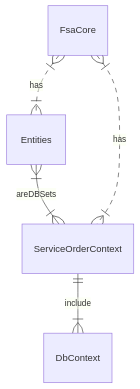
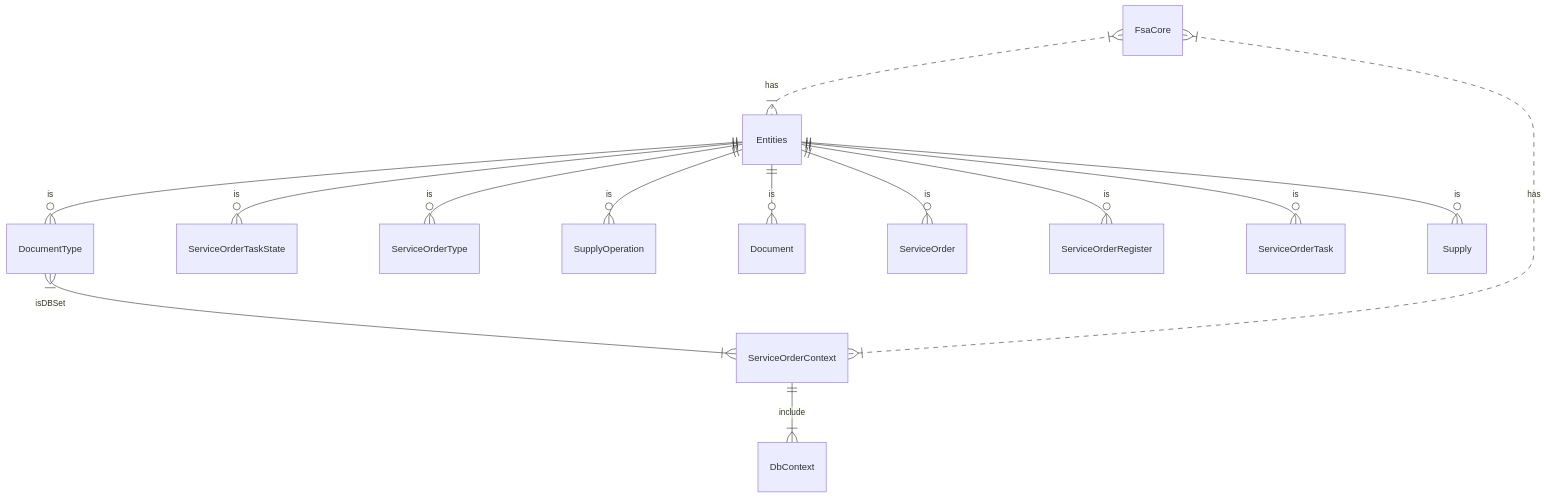
Before and after one commit to potlitel/traefik-docker-sample: the diagram in Readme.md, drawn with Mermaid.

````diff
--- a/Readme.md
+++ b/Readme.md
@@ -14,22 +14,22 @@
 ```mermaid
 erDiagram
           FsaCore }|..|{ Entities : has
         %%   FsaCoreServer ||--o{ ORDER : places
         %%   FsaCoreServer ||--o{ INVOICE : "liable for"
-        %%   Entities ||--o{ DocumentType : is
-        %%   Entities ||--o{ ServiceOrderTaskState : is
-        %%   Entities ||--o{ ServiceOrderType : is
-        %%   Entities ||--o{ SupplyOperation : is
-        %%   Entities ||--o{ Document : is
-        %%   Entities ||--o{ ServiceOrder : is
-        %%   Entities ||--o{ ServiceOrderRegister : is
-        %%   Entities ||--o{ ServiceOrderTask : is
-        %%   Entities ||--o{ Supply : is
+          Entities ||--o{ DocumentType : is
+          Entities ||--o{ ServiceOrderTaskState : is
+          Entities ||--o{ ServiceOrderType : is
+          Entities ||--o{ SupplyOperation : is
+          Entities ||--o{ Document : is
+          Entities ||--o{ ServiceOrder : is
+          Entities ||--o{ ServiceOrderRegister : is
+          Entities ||--o{ ServiceOrderTask : is
+          Entities ||--o{ Supply : is
         %%   INVOICE ||--|{ ORDER : covers
         %%   ORDER ||--|{ ORDER-ITEM : 
-          Entities }|--|{ ServiceOrderContext : areDBSets
+          DocumentType }|--|{ ServiceOrderContext : isDBSet
         %%   PRODUCT-CATEGORY ||--|{ PRODUCT : contains
         %%   PRODUCT ||--o{ ORDER-ITEM : "ordered in"
           FsaCore }|..|{ ServiceOrderContext : has
           ServiceOrderContext ||--|{ DbContext : include
 ```
````
